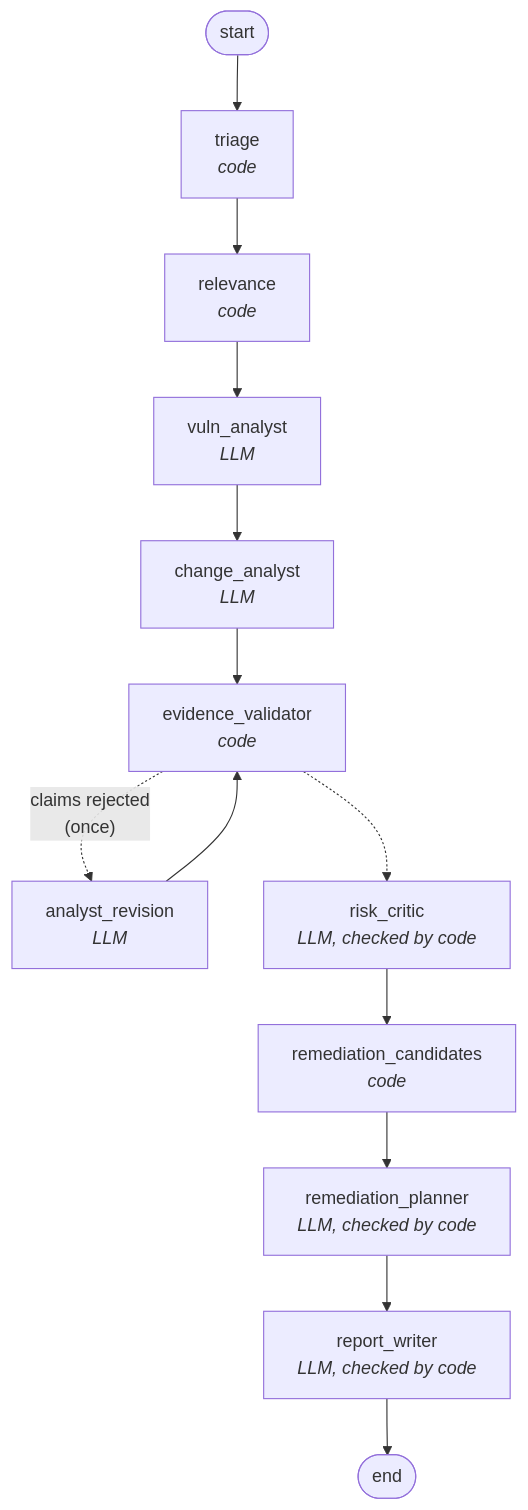
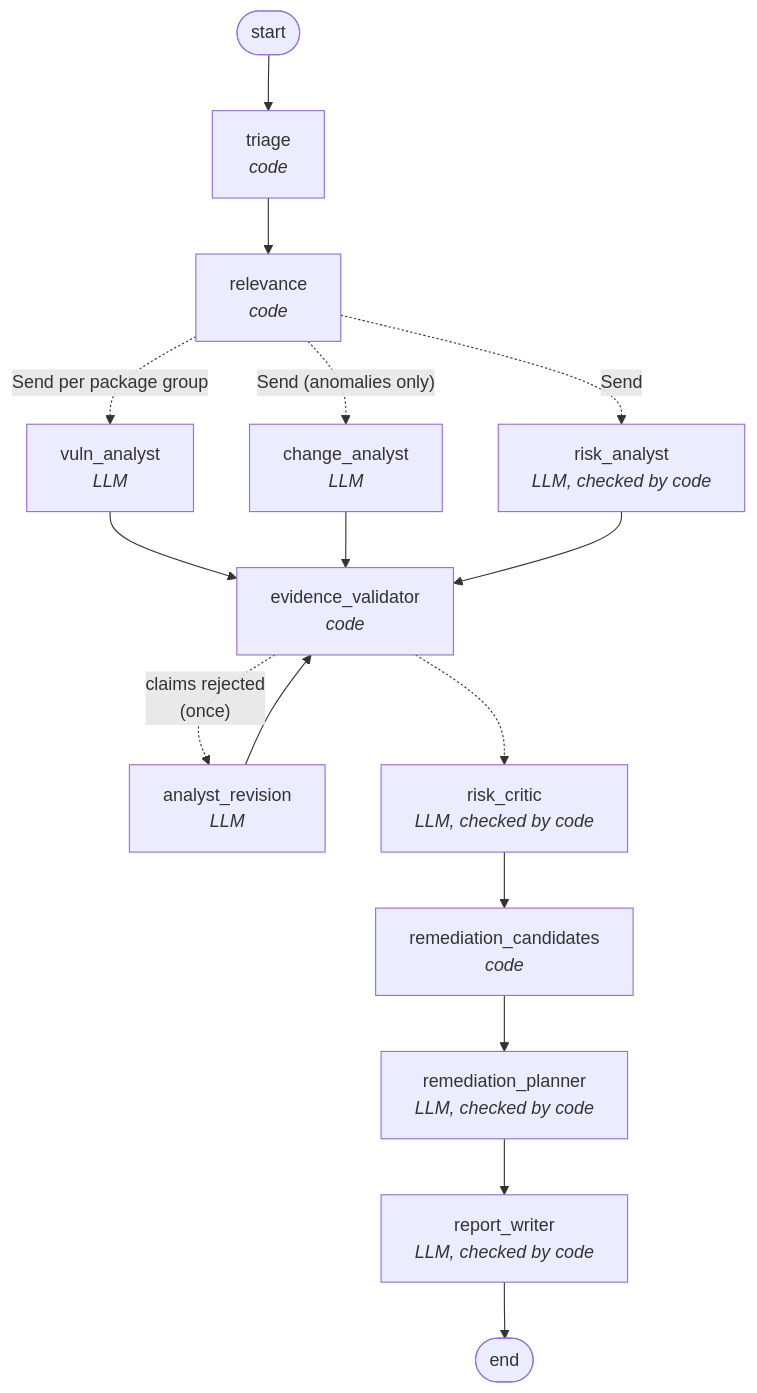
The diagram in guardian/ai/README.md (Dharaneswara-Reddy/Bosch_AI_Hackathon), drawn with Mermaid before and after one commit. The commit also changed other lines of this file and 17 other files, not shown here.

````diff
--- a/guardian/ai/README.md
+++ b/guardian/ai/README.md
@@ -18,15 +18,18 @@
 ```mermaid
 graph TD
     START([start]) --> triage
     triage["triage<br/><i>code</i>"] --> relevance["relevance<br/><i>code</i>"]
-    relevance --> vuln_analyst["vuln_analyst<br/><i>LLM</i>"]
-    vuln_analyst --> change_analyst["change_analyst<br/><i>LLM</i>"]
-    change_analyst --> evidence_validator["evidence_validator<br/><i>code</i>"]
+    relevance -. "Send per package group" .-> vuln_analyst["vuln_analyst<br/><i>LLM</i>"]
+    relevance -. "Send (anomalies only)" .-> change_analyst["change_analyst<br/><i>LLM</i>"]
+    relevance -. "Send" .-> risk_analyst["risk_analyst<br/><i>LLM, checked by code</i>"]
+    vuln_analyst --> evidence_validator["evidence_validator<br/><i>code</i>"]
+    change_analyst --> evidence_validator
+    risk_analyst --> evidence_validator
     evidence_validator -. "claims rejected<br/>(once)" .-> analyst_revision["analyst_revision<br/><i>LLM</i>"]
     analyst_revision --> evidence_validator
     evidence_validator -.-> risk_critic["risk_critic<br/><i>LLM, checked by code</i>"]
     risk_critic --> remediation_candidates["remediation_candidates<br/><i>code</i>"]
     remediation_candidates --> remediation_planner["remediation_planner<br/><i>LLM, checked by code</i>"]
     remediation_planner --> report_writer["report_writer<br/><i>LLM, checked by code</i>"]
     report_writer --> END([end])
 ```
````
